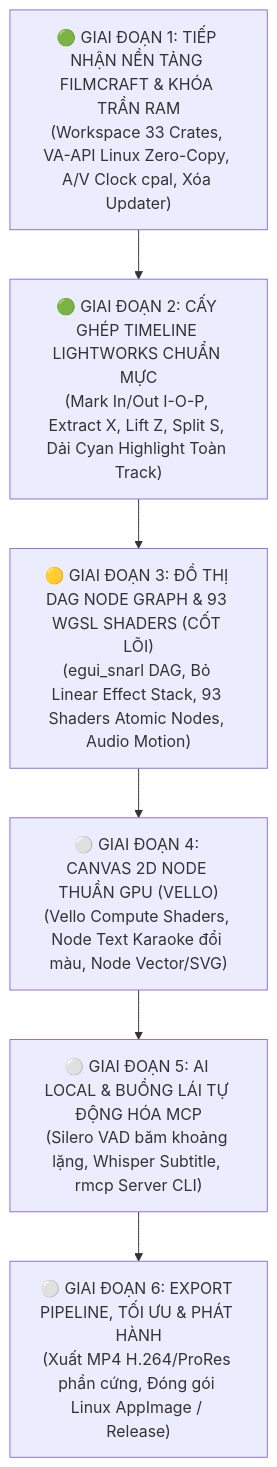
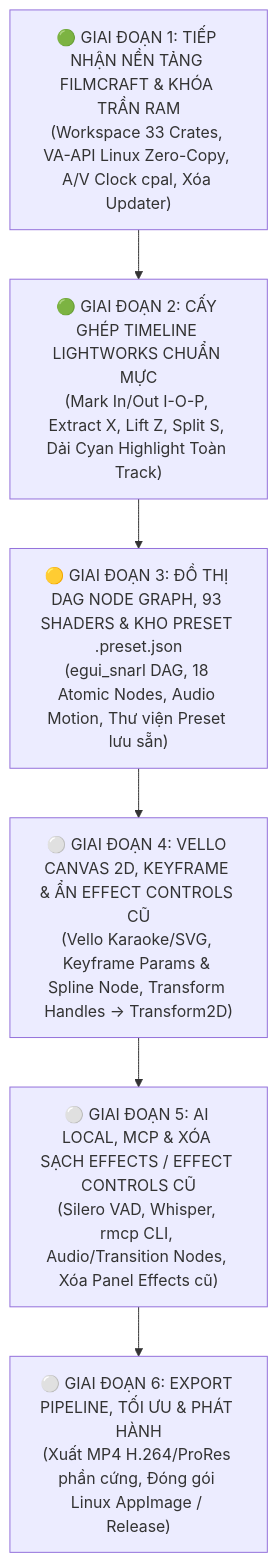
Before and after one commit to chiconcota/darkworks: the diagram in .darkworks-ai/1-overview/project-managers/master-plan-a-z.md, drawn with Mermaid. The commit also changed other lines of this file and 66 other files, not shown here.

Commit message:
feat(node-graph): bridge DAG to Timeline/Render, expand 27 blend modes, fix scratchpad detach & update roadmap

````diff
--- a/.darkworks-ai/1-overview/project-managers/master-plan-a-z.md
+++ b/.darkworks-ai/1-overview/project-managers/master-plan-a-z.md
@@ -14,11 +14,11 @@
 ```mermaid
 flowchart TD
     P1["🟢 GIAI ĐOẠN 1: TIẾP NHẬN NỀN TẢNG FILMCRAFT & KHÓA TRẦN RAM\n(Workspace 33 Crates, VA-API Linux Zero-Copy, A/V Clock cpal, Xóa Updater)"]
     P2["🟢 GIAI ĐOẠN 2: CẤY GHÉP TIMELINE LIGHTWORKS CHUẨN MỰC\n(Mark In/Out I-O-P, Extract X, Lift Z, Split S, Dải Cyan Highlight Toàn Track)"]
-    P3["🟡 GIAI ĐOẠN 3: ĐỒ THỊ DAG NODE GRAPH & 93 WGSL SHADERS (CỐT LÕI)\n(egui_snarl DAG, Bỏ Linear Effect Stack, 93 Shaders Atomic Nodes, Audio Motion)"]
-    P4["⚪ GIAI ĐOẠN 4: CANVAS 2D NODE THUẦN GPU (VELLO)\n(Vello Compute Shaders, Node Text Karaoke đổi màu, Node Vector/SVG)"]
-    P5["⚪ GIAI ĐOẠN 5: AI LOCAL & BUỒNG LÁI TỰ ĐỘNG HÓA MCP\n(Silero VAD băm khoảng lặng, Whisper Subtitle, rmcp Server CLI)"]
+    P3["🟡 GIAI ĐOẠN 3: ĐỒ THỊ DAG NODE GRAPH, 93 SHADERS & KHO PRESET .preset.json\n(egui_snarl DAG, 18 Atomic Nodes, Audio Motion, Thư viện Preset lưu sẵn)"]
+    P4["⚪ GIAI ĐOẠN 4: VELLO CANVAS 2D, KEYFRAME & ẨN EFFECT CONTROLS CŨ\n(Vello Karaoke/SVG, Keyframe Params & Spline Node, Transform Handles -> Transform2D)"]
+    P5["⚪ GIAI ĐOẠN 5: AI LOCAL, MCP & XÓA SẠCH EFFECTS / EFFECT CONTROLS CŨ\n(Silero VAD, Whisper, rmcp CLI, Audio/Transition Nodes, Xóa Panel Effects cũ)"]
     P6["⚪ GIAI ĐOẠN 6: EXPORT PIPELINE, TỐI ƯU & PHÁT HÀNH\n(Xuất MP4 H.264/ProRes phần cứng, Đóng gói Linux AppImage / Release)"]
 
     P1 --> P2 --> P3 --> P4 --> P5 --> P6
 ```
````
